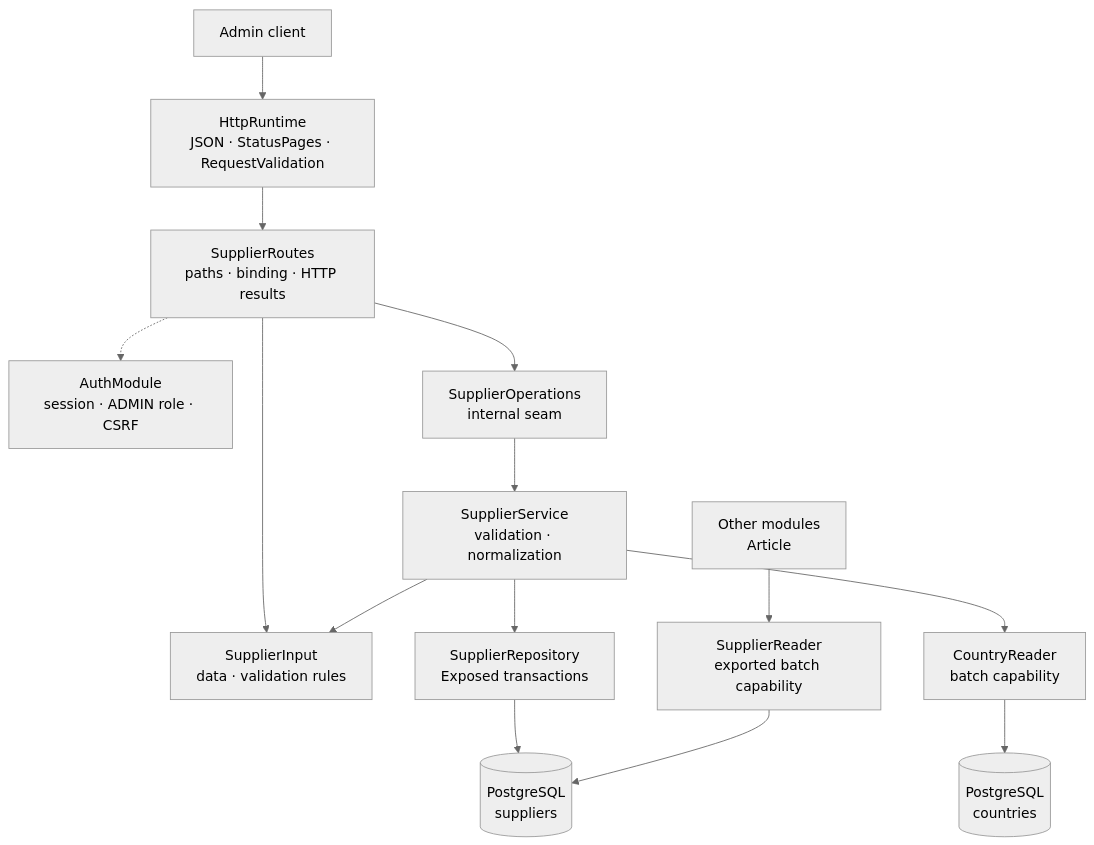
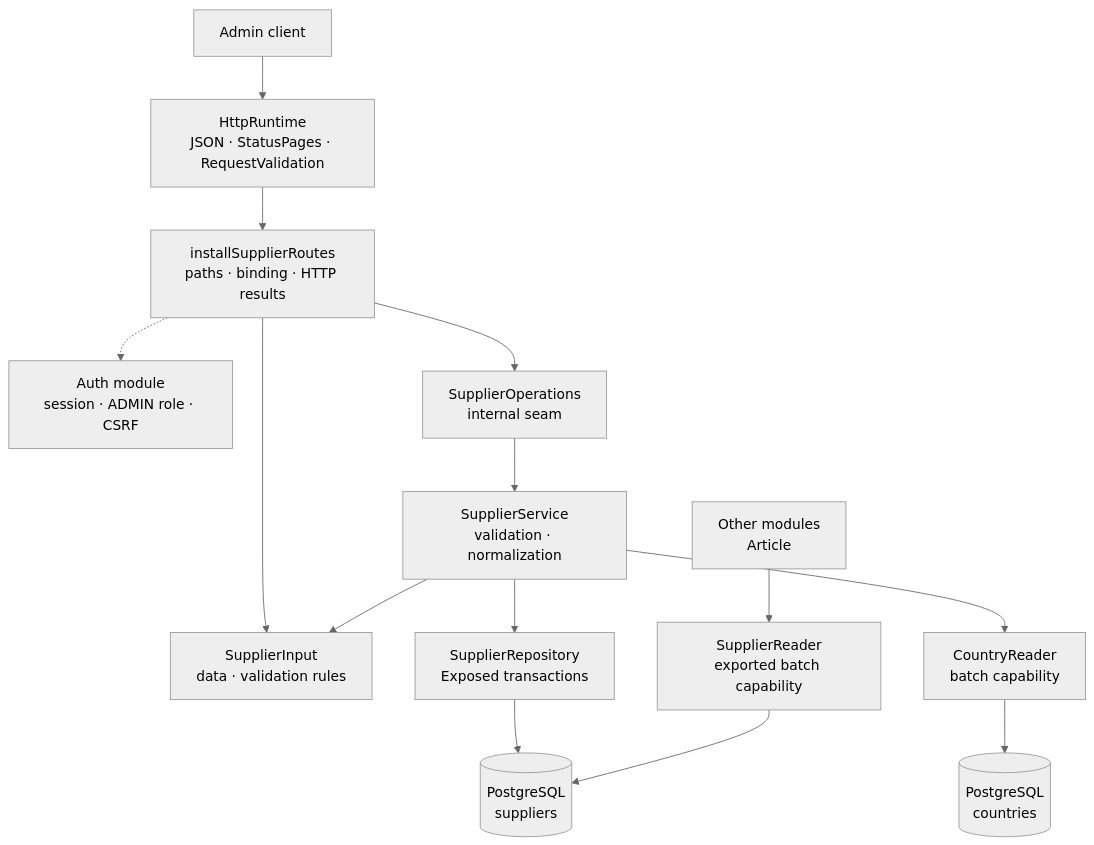
Before and after one commit to bitstorm-tech/voenix-shop-kotlin: the diagram in docs/dev/backend/supplier-package.md, drawn with Mermaid (neutral theme). The commit also changed other lines of this file and 94 other files, not shown here.

````diff
--- a/docs/dev/backend/supplier-package.md
+++ b/docs/dev/backend/supplier-package.md
@@ -28,29 +28,29 @@
 ```mermaid
 flowchart TB
     Client["Admin client"]
     Http["HttpRuntime<br/>JSON · StatusPages · RequestValidation"]
-    Auth["AuthModule<br/>session · ADMIN role · CSRF"]
-    Routes["SupplierRoutes<br/>paths · binding · HTTP results"]
+    Auth["Auth module<br/>session · ADMIN role · CSRF"]
+    Routes["installSupplierRoutes<br/>paths · binding · HTTP results"]
     Input["SupplierInput<br/>data · validation rules"]
     Operations["SupplierOperations<br/>internal seam"]
     Service["SupplierService<br/>validation · normalization"]
     Repository["SupplierRepository<br/>Exposed transactions"]
     CountryReader["CountryReader<br/>batch capability"]
     SupplierReader["SupplierReader<br/>exported batch capability"]
     Consumer["Other modules<br/>Article"]
     Suppliers[("PostgreSQL<br/>suppliers")]
     Countries[("PostgreSQL<br/>countries")]
 
     Client --> Http --> Routes
     Routes -.-> Auth
     Routes --> Input
     Routes --> Operations
     Operations --> Service
     Service --> Input
     Service --> Repository
     Repository --> Suppliers
     Service --> CountryReader
     CountryReader --> Countries
     Consumer --> SupplierReader
     SupplierReader --> Suppliers
 ```
````
